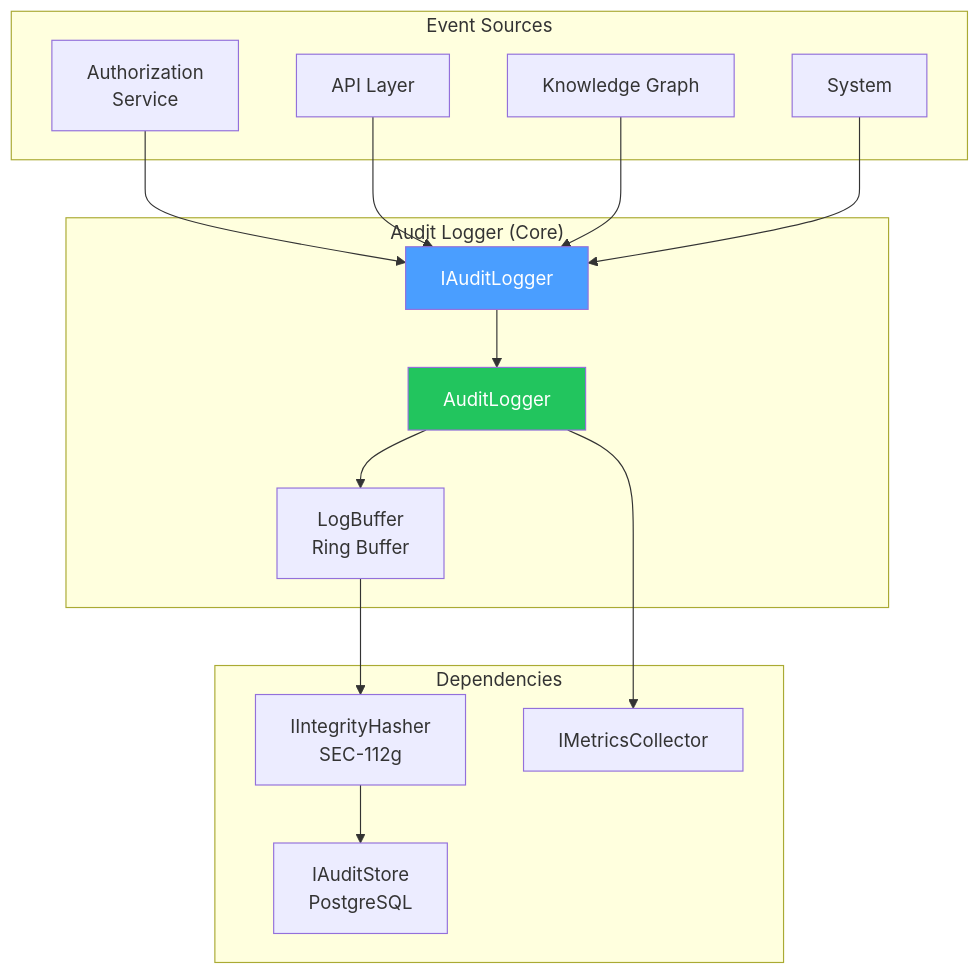
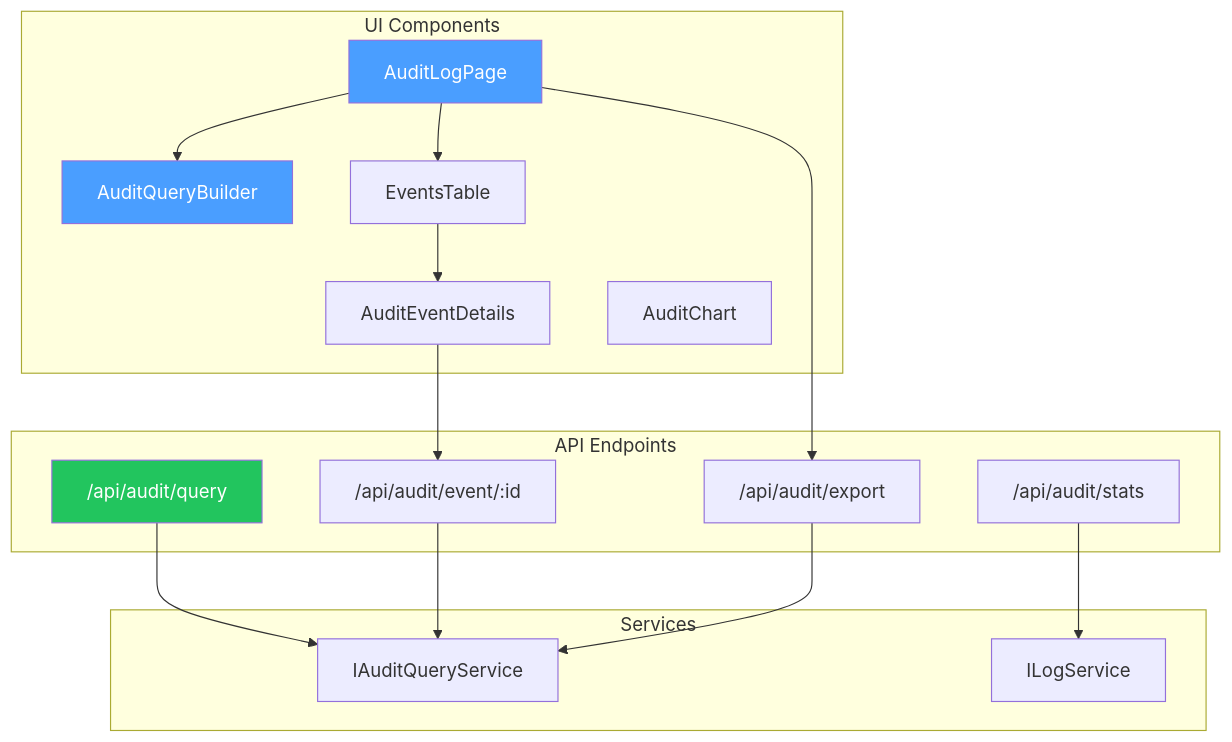
One commit to southpawriter02/lexichord changed the diagram in docs/specs/v0.11.x/v0.11.2/LCS-DES-v0.11.2-SEC-f.md. Above: the diagram before and after it, drawn with Mermaid. The commit also changed other lines of this file and 74 other files, not shown here.

````diff
--- a/docs/specs/v0.11.x/v0.11.2/LCS-DES-v0.11.2-SEC-f.md
+++ b/docs/specs/v0.11.x/v0.11.2/LCS-DES-v0.11.2-SEC-f.md
@@ -58,35 +59,37 @@
 ```mermaid
 graph TB
-    subgraph "Event Sources"
-        AUTH["Authorization<br/>Service"]
-        API["API Layer"]
-        KG["Knowledge Graph"]
-        SYS["System"]
+    subgraph "UI Components"
+        ALP["AuditLogPage"]
+        AQB["AuditQueryBuilder"]
+        AED["AuditEventDetails"]
+        CHART["AuditChart"]
+        TABLE["EventsTable"]
     end
 
-    subgraph "Audit Logger (Core)"
-        IAL["IAuditLogger"]
-        AL["AuditLogger"]
-        BUF["LogBuffer<br/>Ring Buffer"]
+    subgraph "API Endpoints"
+        QUERY["/api/audit/query"]
+        DETAILS["/api/audit/event/:id"]
+        EXPORT["/api/audit/export"]
+        STATS["/api/audit/stats"]
     end
 
-    subgraph "Dependencies"
-        HASH["IIntegrityHasher<br/>SEC-112g"]
-        STORE["IAuditStore<br/>PostgreSQL"]
-        METRIC["IMetricsCollector"]
+    subgraph "Services"
+        QS["IAuditQueryService"]
+        LS["ILogService"]
     end
 
-    AUTH --> IAL
-    API --> IAL
-    KG --> IAL
-    SYS --> IAL
+    ALP --> AQB
+    ALP --> TABLE
+    ALP --> EXPORT
+    TABLE --> AED
+    AED --> DETAILS
 
-    IAL --> AL
-    AL --> BUF
-    BUF --> HASH
-    HASH --> STORE
-    AL --> METRIC
+    QUERY --> QS
+    DETAILS --> QS
+    EXPORT --> QS
+    STATS --> LS
 
-    style AL fill:#22c55e,color:#fff
-    style IAL fill:#4a9eff,color:#fff
+    style ALP fill:#4a9eff,color:#fff
+    style AQB fill:#4a9eff,color:#fff
+    style QUERY fill:#22c55e,color:#fff
 ```
````
